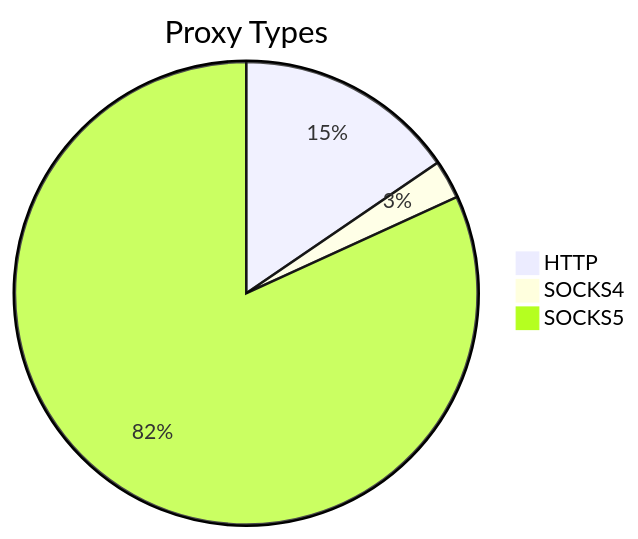
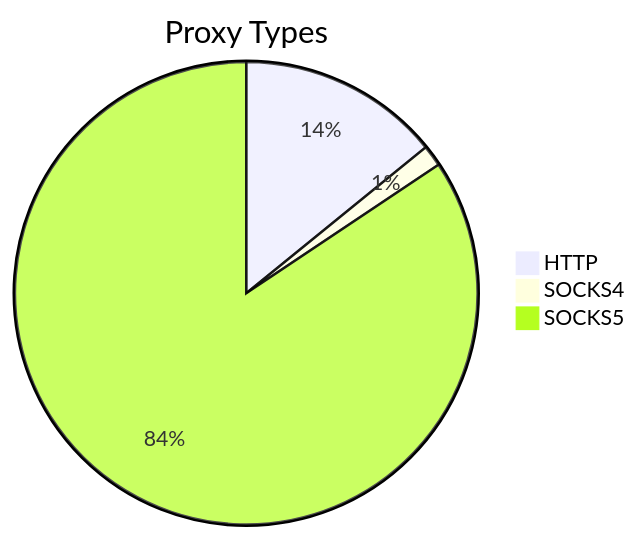
One commit to stormsia/proxy-list changed the first of 2 diagrams in README.md. Above: the diagram before and after it, drawn with Mermaid. The commit also changed other lines of this file, not shown here.

````diff
--- a/README.md
+++ b/README.md
@@ -21,6 +21,6 @@
 ```mermaid
 pie title Proxy Types
-    "HTTP" : 228
-    "SOCKS4" : 40
-    "SOCKS5" : 1206
+    "HTTP" : 133
+    "SOCKS4" : 14
+    "SOCKS5" : 794
 ```
````
